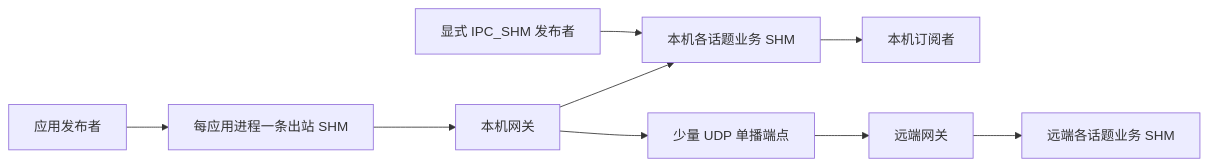
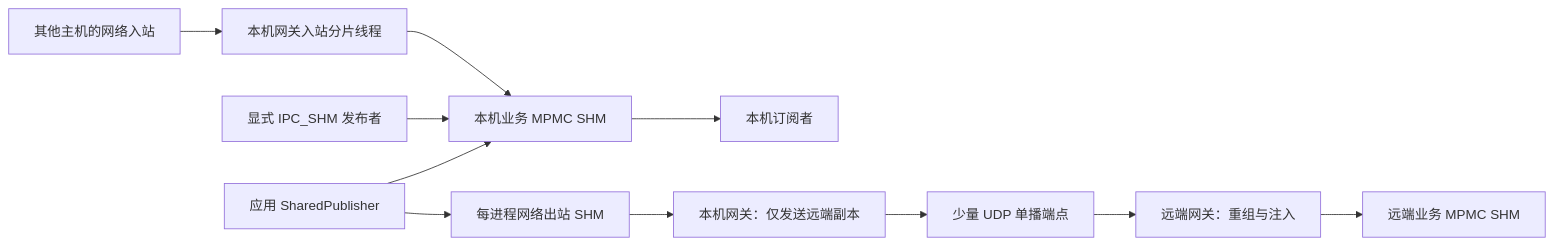
The diagram in docs/shared_network_endpoint_execution_plan.md (davidzong1/Cpp-IPC-DDS), drawn with Mermaid before and after one commit. The commit also changed other lines of this file and 30 other files, not shown here.

```diff
--- a/docs/shared_network_endpoint_execution_plan.md
+++ b/docs/shared_network_endpoint_execution_plan.md
@@ -196,11 +205,13 @@
 ~~~mermaid
 flowchart LR
-  P["应用发布者"] --> TX["每应用进程一条出站 SHM"]
-  TX --> G["本机网关"]
-  G --> LS["本机各话题业务 SHM"]
+  P["应用 SharedPublisher"] --> LS["本机业务 MPMC SHM"]
   LS --> S["本机订阅者"]
+  P --> TX["每进程网络出站 SHM"]
+  TX --> G["本机网关：仅发送远端副本"]
   G --> N["少量 UDP 单播端点"]
-  N --> RG["远端网关"]
-  RG --> RS["远端各话题业务 SHM"]
+  N --> RG["远端网关：重组与注入"]
+  RG --> RS["远端业务 MPMC SHM"]
   LP["显式 IPC_SHM 发布者"] --> LS
+  IN["其他主机的网络入站"] --> GI["本机网关入站分片线程"]
+  GI --> LS
 ~~~
```
